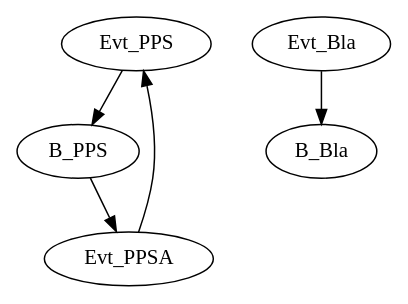
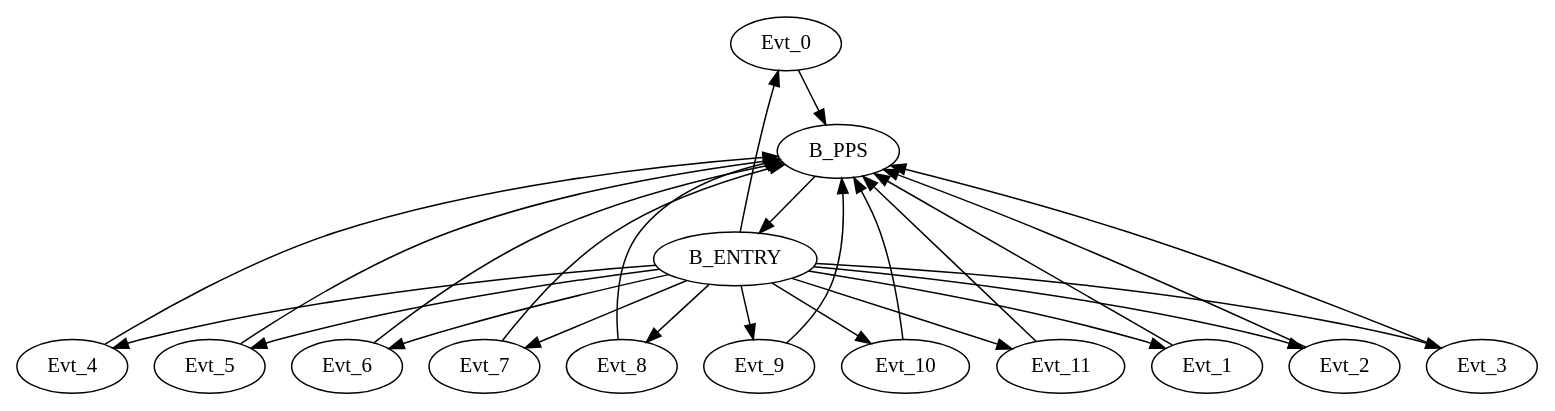
Before and after one commit to GSI-CS-CO/bel_projects: the diagram in modules/ftm/ftmx86/test.dot, drawn with Graphviz. The commit also changed other lines of this file, not shown here.

Commit message:
DM: added long dstlst test case

```diff
--- a/modules/ftm/ftmx86/test.dot
+++ b/modules/ftm/ftmx86/test.dot
@@ -1,31 +1,60 @@
 digraph g {
-name="helloadv";
+name="multi";
 
 graph []
-edge  [type="defdst"]
-//node [qLo="1", qHi="1", qIl="1"];
-
-subgraph cpu0 {
-  node  [cpu="0"];
+edge  [type="defdst"];
+node  [cpu="0", pattern="PPS"];
 
 
-  Evt_PPS   [type="tmsg",   toffs=          0,   fid=0, gid=5, evtno=205, sid=2, bpid=8, par="0x123"];
-  B_PPS     [type="block",  tperiod=1000000000];
-  Evt_PPSA  [type="tmsg",   toffs=          0,   fid=0, gid=5, evtno=205, sid=2, bpid=8, par="0x1"];
 
-  Evt_PPS   -> B_PPS;
-  B_PPS->Evt_PPSA  -> Evt_PPS;
+
+
+Evt_0     [type="tmsg", toffs=0, fid=1, par="0x0"];
+Evt_1     [type="tmsg", toffs=0, fid=1, par="0x1"];
+Evt_2     [type="tmsg", toffs=0, fid=1, par="0x2"];
+Evt_3     [type="tmsg", toffs=0, fid=1, par="0x3"];
+Evt_4     [type="tmsg", toffs=0, fid=1, par="0x4"];
+Evt_5     [type="tmsg", toffs=0, fid=1, par="0x5"];
+Evt_6     [type="tmsg", toffs=0, fid=1, par="0x6"];
+Evt_7     [type="tmsg", toffs=0, fid=1, par="0x7"];
+Evt_8     [type="tmsg", toffs=0, fid=1, par="0x8"];
+Evt_9     [type="tmsg", toffs=0, fid=1, par="0x9"];
+Evt_10    [type="tmsg", toffs=0, fid=1, par="0xA"];
+Evt_11    [type="tmsg", toffs=0, fid=1, par="0xB"];
+
+B_ENTRY   [type="block", patentry="1", tperiod=100, qLo="1"];
+B_PPS     [type="block",  patexit="1", tperiod=1000000000, qLo="1"];
+
+B_ENTRY -> Evt_0 [type="altdst"];
+B_ENTRY -> Evt_1 [type="altdst"];
+B_ENTRY -> Evt_2 [type="altdst"];
+B_ENTRY -> Evt_3 [type="altdst"];
+B_ENTRY -> Evt_4 [type="altdst"];
+B_ENTRY -> Evt_5 [type="altdst"];
+B_ENTRY -> Evt_6 [type="altdst"];
+B_ENTRY -> Evt_7 [type="altdst"];
+B_ENTRY -> Evt_8 [type="altdst"];
+B_ENTRY -> Evt_9 [type="altdst"];
+B_ENTRY -> Evt_10 [type="altdst"];
+B_ENTRY -> Evt_11 [type="altdst"];
+
+Evt_0 -> B_PPS
+Evt_1 -> B_PPS
+Evt_2 -> B_PPS
+Evt_3 -> B_PPS
+Evt_4 -> B_PPS
+Evt_5 -> B_PPS
+Evt_6 -> B_PPS
+Evt_7 -> B_PPS
+Evt_8 -> B_PPS
+Evt_9 -> B_PPS
+Evt_10 -> B_PPS
+Evt_11 -> B_PPS
+
+B_PPS -> B_ENTRY;
+
+
+
+
 
 }
-
-subgraph cpu1 {
-  node  [cpu="1"];
-
-  Evt_Bla [type="tmsg",   toffs=           0, id="0x0000000000000001", par="0x0"];
-  B_Bla   [type="block",  tperiod=1000000000];
-
-  Evt_Bla -> B_Bla;
-
-}
-
-}
```
